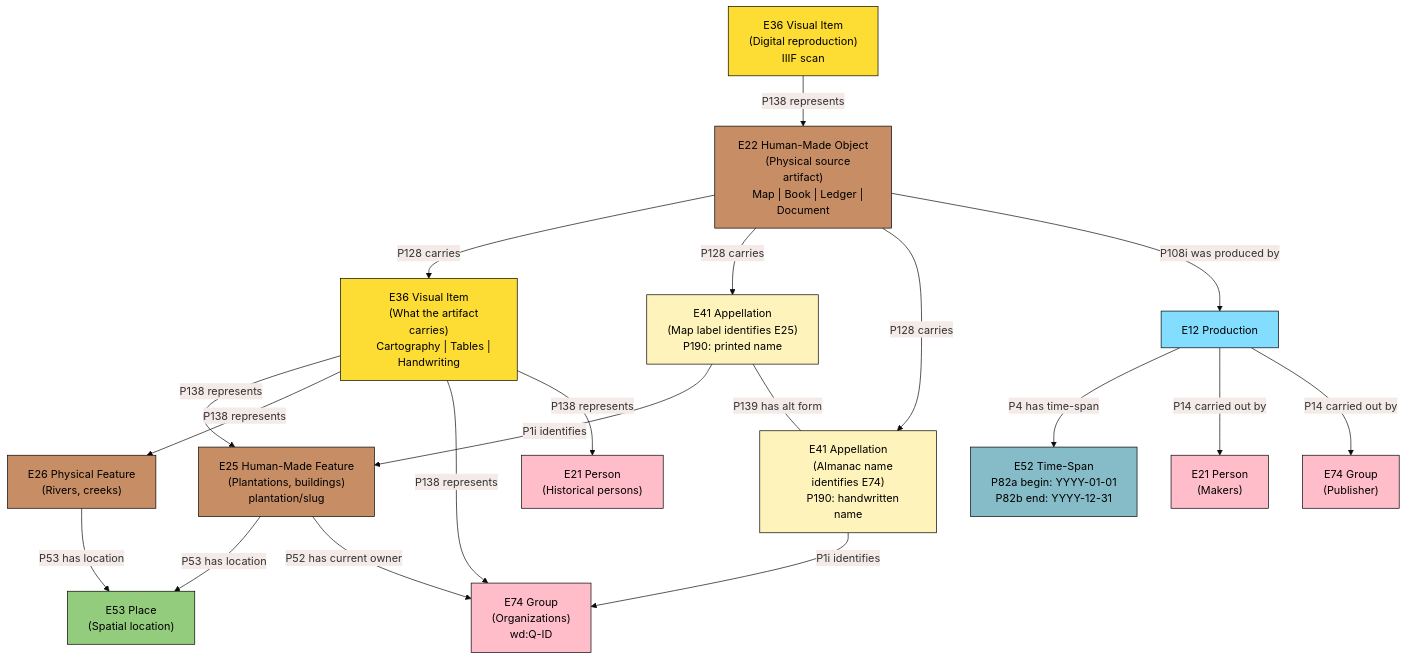
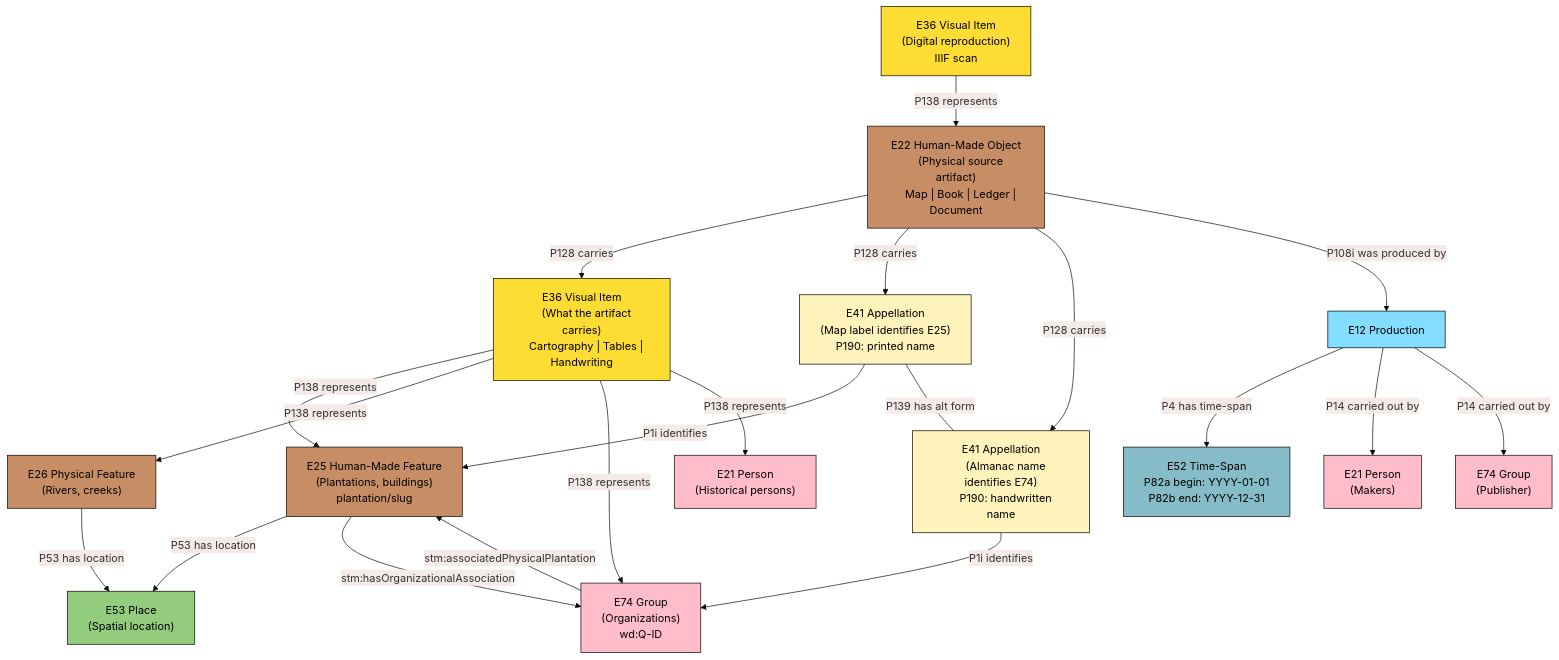
One commit to SurinameTimeMachine/suriname-database-model changed the eighth of 8 diagrams in docs/models/source-pattern-explained.mdx. Above: the diagram before and after it, drawn with Mermaid. The commit also changed other lines of this file and 17 other files, not shown here.

```diff
--- a/docs/models/source-pattern-explained.mdx
+++ b/docs/models/source-pattern-explained.mdx
@@ -480,10 +482,11 @@
     E41_ALM -->|"P1i identifies"| E74_ORG
     E41_MAP ---|"P139 has alt form"| E41_ALM
 
-    %% Layer 7: Location and ownership
+    %% Layer 7: Location and organizational association
     E25 -->|"P53 has location"| E53
     E26 -->|"P53 has location"| E53
-    E25 -->|"P52 has current owner"| E74_ORG
+    E25 -->|"stm:hasOrganizationalAssociation"| E74_ORG
+    E74_ORG -->|"stm:associatedPhysicalPlantation"| E25
 
     classDef crm_E18_Physical_Thing fill:#c78e66,stroke:#000000,color:#000000
     classDef crm_E28_Conceptual_Object fill:#fddc34,stroke:#000000,color:#000000
```
